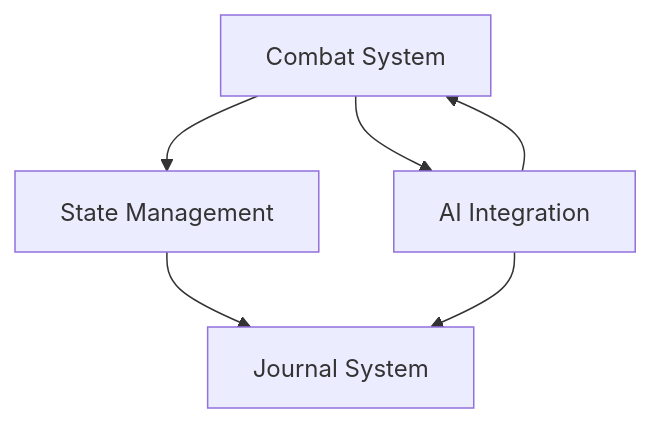
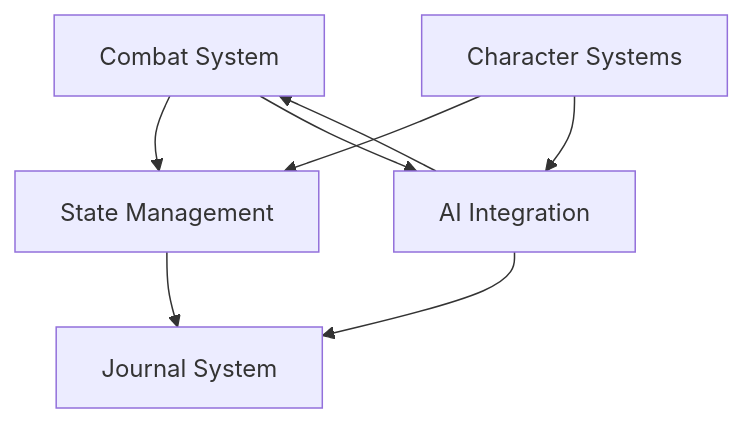
The diagram in Docs/core-systems/_index.md (jerseycheese/BootHillGM), drawn with Mermaid before and after one commit. The commit also changed other lines of this file and 11 other files, not shown here.

````diff
--- a/Docs/core-systems/_index.md
+++ b/Docs/core-systems/_index.md
@@ -38,8 +45,10 @@
 ```mermaid
 graph TD
     A[Combat System] --> B[State Management]
     A --> C[AI Integration]
     B --> D[Journal System]
     C --> D
     C --> A
+    E[Character Systems] --> B
+    E --> C
 ```
````
